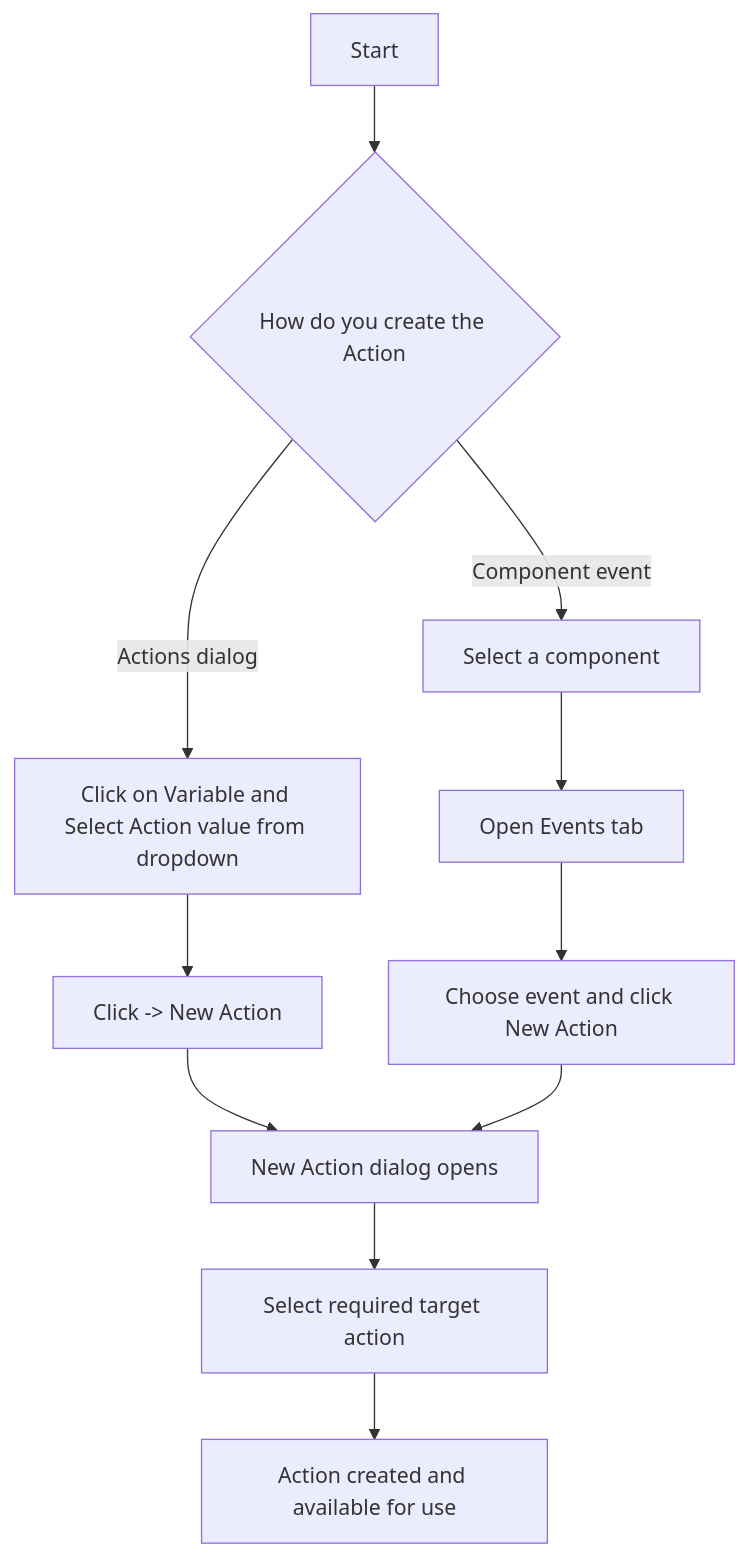
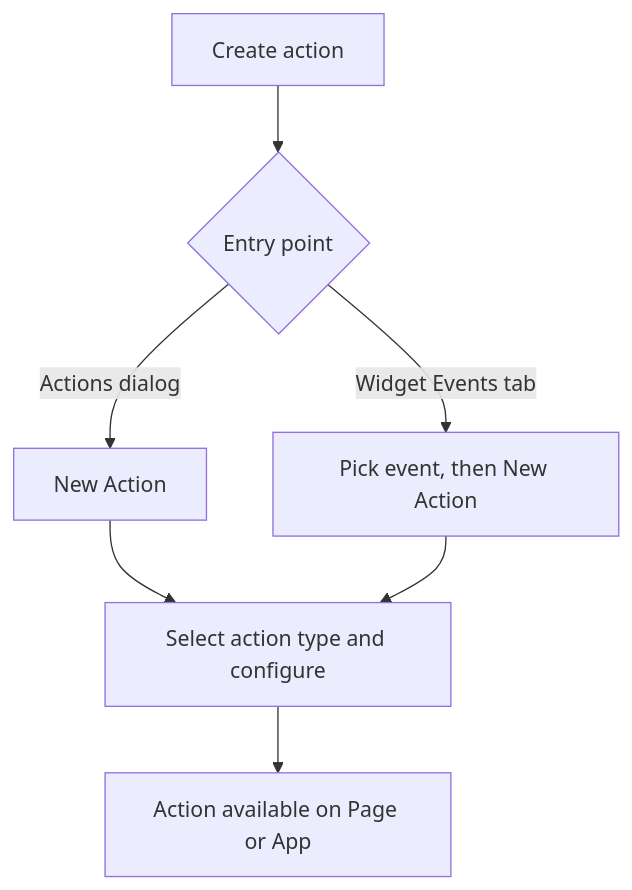
The second of 2 diagrams in docs/user-interfaces/mobile/develop/actions/index.mdx (imtiyazwm/ai-docs), drawn with Mermaid before and after one commit. The commit also changed other lines of this file and 81 other files, not shown here.

````diff
--- a/docs/user-interfaces/mobile/develop/actions/index.mdx
+++ b/docs/user-interfaces/mobile/develop/actions/index.mdx
@@ -38,19 +46,11 @@
 ```mermaid
+flowchart TD
+    A[Create action] --> B{Entry point}
 
-flowchart TD
-    A[Start] --> B{How do you create the Action}
+    B -->|Actions dialog| C[New Action]
+    B -->|Widget Events tab| D[Pick event, then New Action]
 
-    B -->|Actions dialog| C[Click on Variable and Select Action value from dropdown]
-    C --> D[Click -> New Action]
-
-    B -->|Component event| E[Select a component]
-    E --> F[Open Events tab]
-    F --> G[Choose event and click New Action]
-
-    D --> H[New Action dialog opens]
-    G --> H[New Action dialog opens]
-
-    H --> I[Select required target action]
-    I --> J[Action created and available for use]
-
+    C --> E[Select action type and configure]
+    D --> E
+    E --> F[Action available on Page or App]
 ```
````
